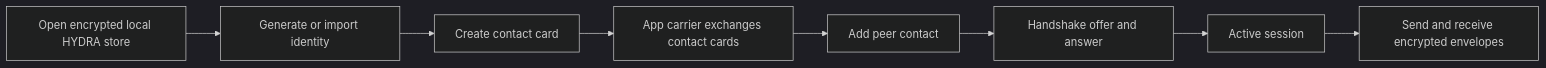
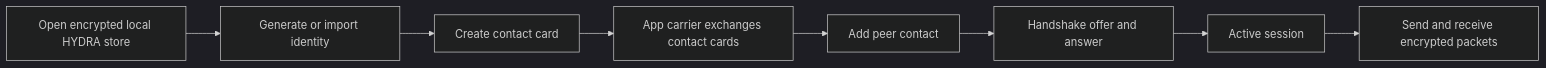
The first of 2 diagrams in docs/impl/message-flow/README.md (peavey2787/hydra-msg), drawn with Mermaid (dark theme) before and after one commit. The commit also changed other lines of this file and 424 other files, not shown here.

````diff
--- a/docs/impl/message-flow/README.md
+++ b/docs/impl/message-flow/README.md
@@ -31,10 +31,10 @@
 ```mermaid
 flowchart LR
     A[Open encrypted local HYDRA store] --> B[Generate or import identity]
     B --> C[Create contact card]
     C --> D[App carrier exchanges contact cards]
     D --> E[Add peer contact]
     E --> F[Handshake offer and answer]
     F --> G[Active session]
-    G --> H[Send and receive encrypted envelopes]
+    G --> H[Send and receive encrypted packets]
 ```
````
